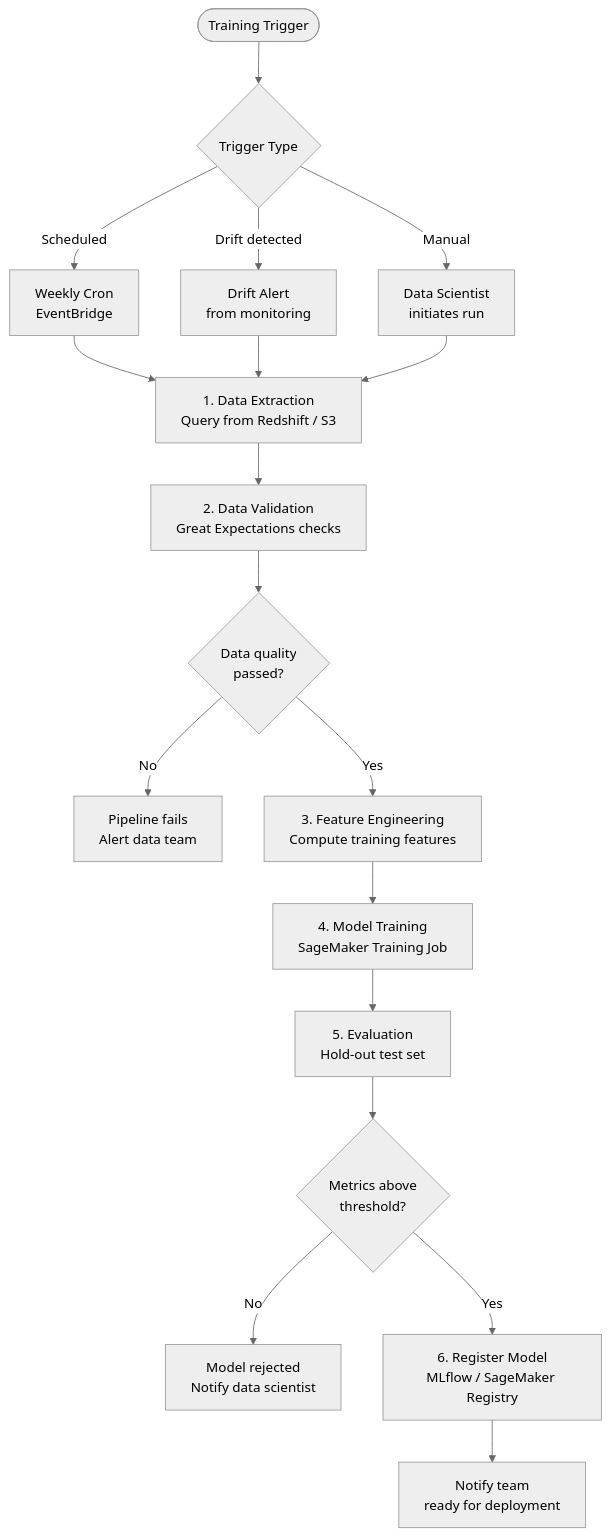
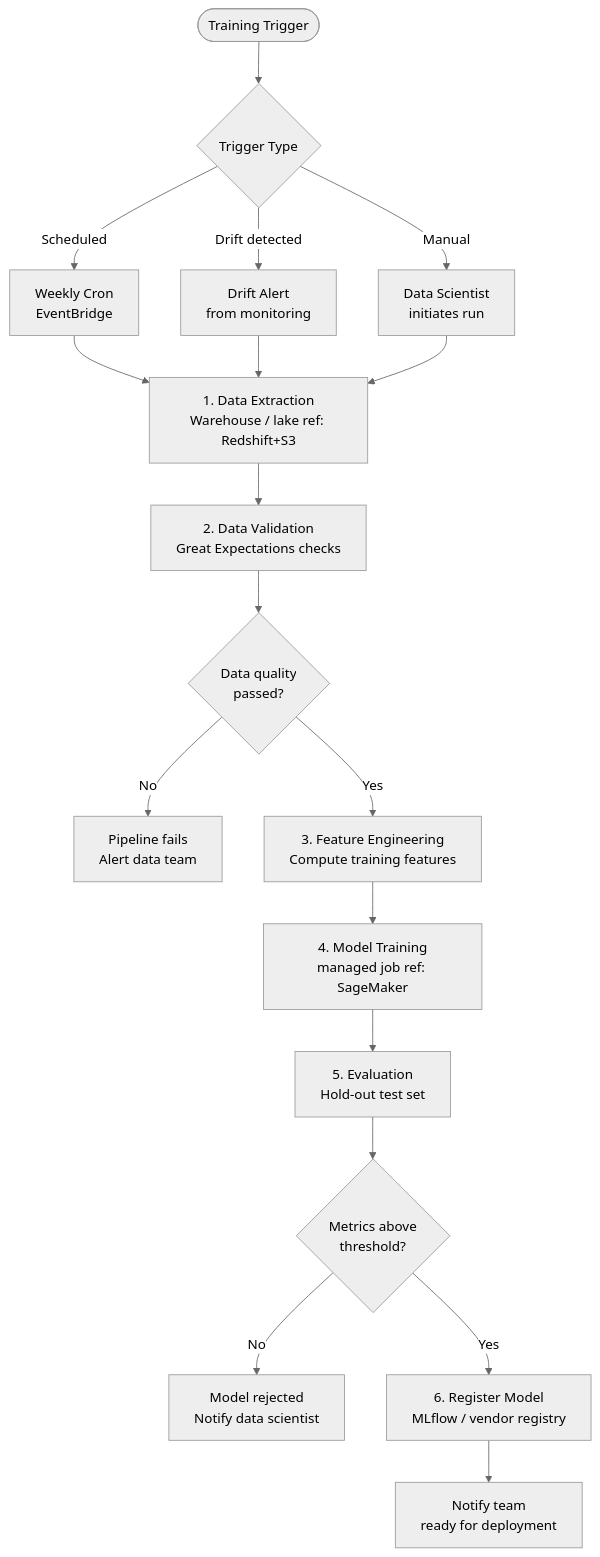
The fifth of 6 diagrams in 10-ai-ml-platform/01-ml-platform.md (rishikeshdhokare/platform-manifesto), drawn with Mermaid (neutral theme) before and after one commit. The commit also changed other lines of this file and 64 other files, not shown here.

````diff
--- a/10-ai-ml-platform/01-ml-platform.md
+++ b/10-ai-ml-platform/01-ml-platform.md
@@ -292,27 +298,27 @@
 ```mermaid
 flowchart TD
     Trigger([Training Trigger]) --> Type{Trigger Type}
 
     Type -->|Scheduled| Weekly[Weekly Cron<br/>EventBridge]
     Type -->|Drift detected| DriftAlert[Drift Alert<br/>from monitoring]
     Type -->|Manual| Manual[Data Scientist<br/>initiates run]
 
     Weekly --> Extract
     DriftAlert --> Extract
     Manual --> Extract
 
-    Extract[1. Data Extraction<br/>Query from Redshift / S3] --> Validate[2. Data Validation<br/>Great Expectations checks]
+    Extract[1. Data Extraction<br/>Warehouse / lake ref: Redshift+S3] --> Validate[2. Data Validation<br/>Great Expectations checks]
     Validate --> QualityGate{Data quality<br/>passed?}
 
     QualityGate -->|No| Fail[Pipeline fails<br/>Alert data team]
     QualityGate -->|Yes| FeatEng[3. Feature Engineering<br/>Compute training features]
 
-    FeatEng --> Train[4. Model Training<br/>SageMaker Training Job]
+    FeatEng --> Train[4. Model Training<br/>managed job ref: SageMaker]
     Train --> Evaluate[5. Evaluation<br/>Hold-out test set]
     Evaluate --> MetricGate{Metrics above<br/>threshold?}
 
     MetricGate -->|No| Reject[Model rejected<br/>Notify data scientist]
-    MetricGate -->|Yes| Register[6. Register Model<br/>MLflow / SageMaker Registry]
+    MetricGate -->|Yes| Register[6. Register Model<br/>MLflow / vendor registry]
     Register --> Notify[Notify team<br/>ready for deployment]
 
 ```
````
